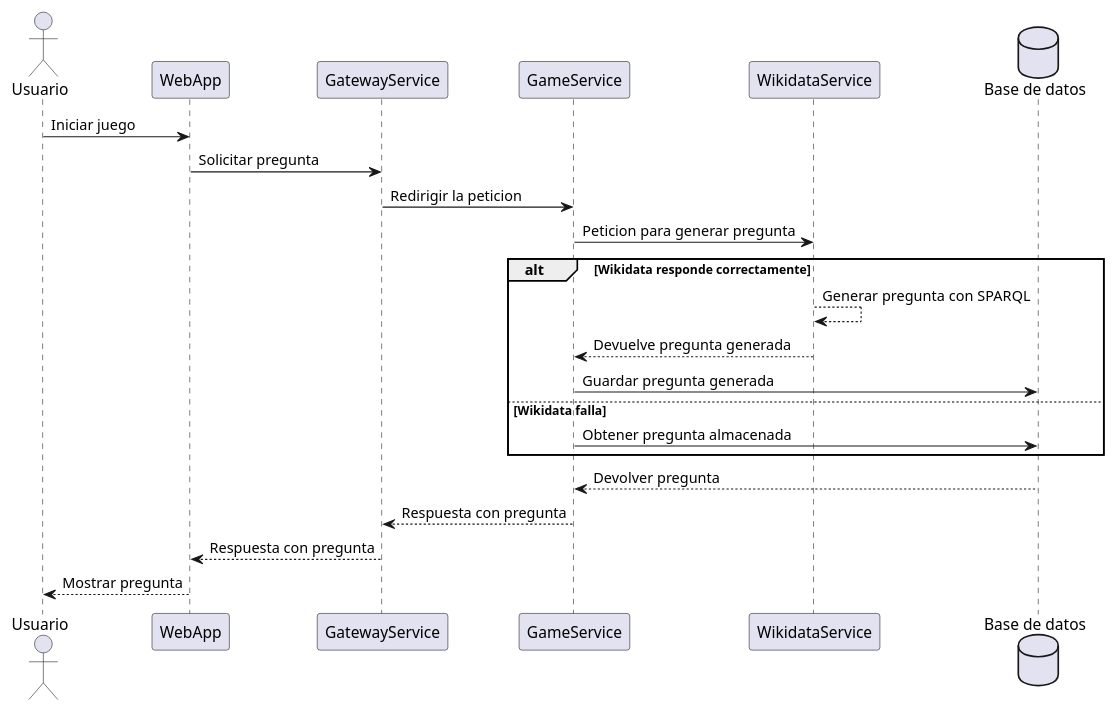
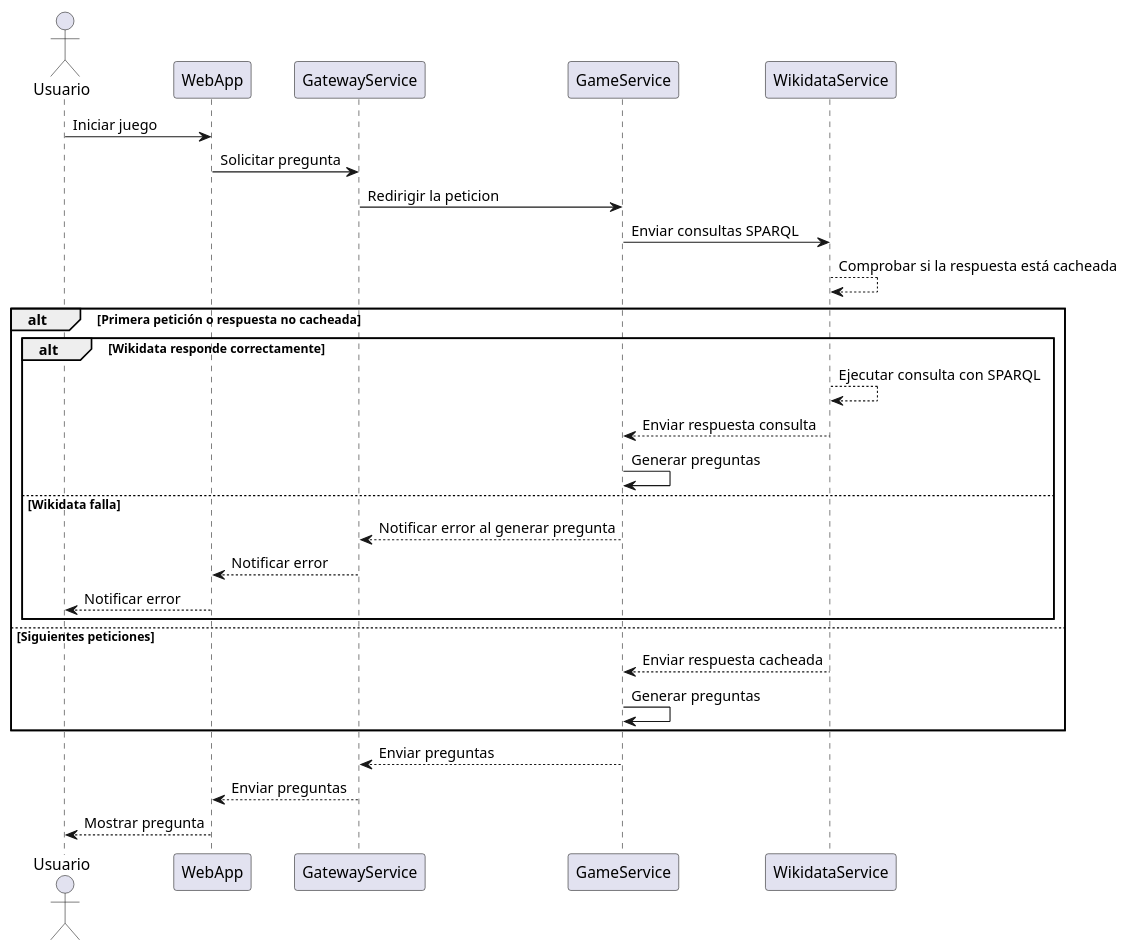
One commit to Arquisoft/wichat_es5b changed the third of 5 diagrams in docs/src/06_runtime_view.adoc. Above: the diagram before and after it, drawn with PlantUML. The commit also changed 1 other file, not shown here.

Commit message:
Cambios en la documentación

```diff
--- a/docs/src/06_runtime_view.adoc
+++ b/docs/src/06_runtime_view.adoc
@@ -105,31 +105,36 @@
 [plantuml,"Generacion de pregunta",png]
 ----
 @startuml
 
 actor Usuario
 participant "WebApp" as WebApp
 participant "GatewayService" as GatewayService
 participant "GameService" as GameService
 participant "WikidataService" as WikidataService
-database "Base de datos" as BaseDatos
 
 Usuario -> WebApp: Iniciar juego
 WebApp -> GatewayService: Solicitar pregunta
 GatewayService -> GameService: Redirigir la peticion
-GameService -> WikidataService: Peticion para generar pregunta
+GameService -> WikidataService: Enviar consultas SPARQL
 
+WikidataService --> WikidataService: Comprobar si la respuesta está cacheada
+alt Primera petición o respuesta no cacheada
 alt Wikidata responde correctamente
-    WikidataService --> WikidataService: Generar pregunta con SPARQL
-    WikidataService --> GameService: Devuelve pregunta generada
-    GameService -> BaseDatos: Guardar pregunta generada
+    WikidataService --> WikidataService: Ejecutar consulta con SPARQL
+    WikidataService --> GameService: Enviar respuesta consulta
+    GameService -> GameService: Generar preguntas
 else Wikidata falla
-    GameService -> BaseDatos: Obtener pregunta almacenada
+    GameService --> GatewayService: Notificar error al generar pregunta
+    GatewayService --> WebApp: Notificar error
+    WebApp --> Usuario: Notificar error
 end
-
-BaseDatos --> GameService: Devolver pregunta
-GameService --> GatewayService: Respuesta con pregunta
-GatewayService --> WebApp: Respuesta con pregunta
+else Siguientes peticiones
+     WikidataService --> GameService: Enviar respuesta cacheada
+     GameService -> GameService: Generar preguntas
+end
+GameService --> GatewayService: Enviar preguntas
+GatewayService --> WebApp: Enviar preguntas
 WebApp --> Usuario: Mostrar pregunta
 
 @enduml
 ----
```
